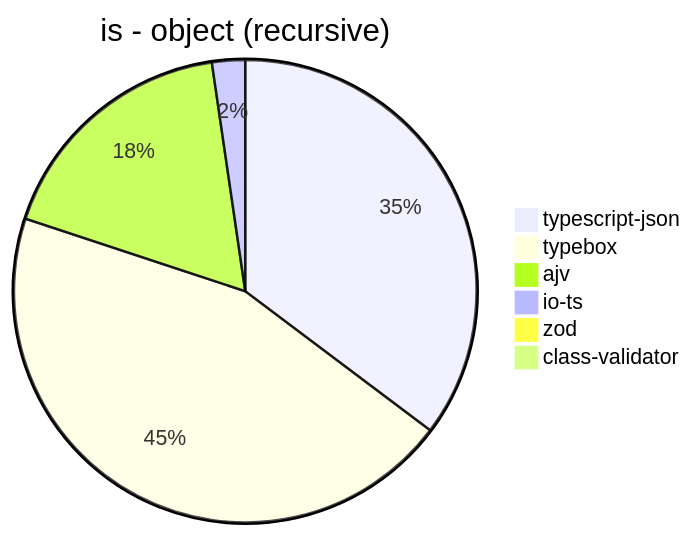
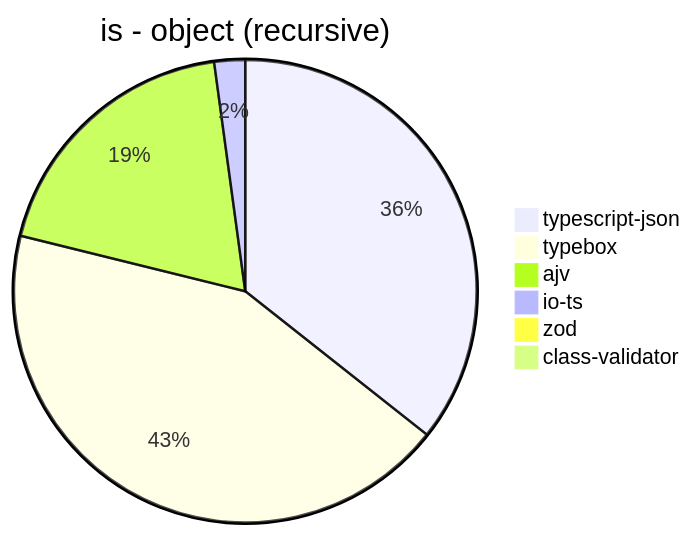
Before and after one commit to samchon/typia: the second of 39 diagrams in benchmark/results/11th Gen Intel(R) Core(TM) i5-1135G7 @ 2.40GHz.md, drawn with Mermaid. The commit also changed other lines of this file and 6 other files, not shown here.

````diff
--- a/benchmark/results/11th Gen Intel(R) Core(TM) i5-1135G7 @ 2.40GHz.md
+++ b/benchmark/results/11th Gen Intel(R) Core(TM) i5-1135G7 @ 2.40GHz.md
@@ -32,9 +32,9 @@
 ```mermaid
 pie title is - object (recursive)
-  "typescript-json": 66141.00426162683
-  "typebox": 84053.78304466727
-  "ajv": 33031.31710808876
-  "io-ts": 4336.317851147174
-  "zod": 71.48148148148148
-  "class-validator": 38.63298662704309
+  "typescript-json": 69259.59577229743
+  "typebox": 83967.53246753247
+  "ajv": 36916.357566765575
+  "io-ts": 4180.8413767983975
+  "zod": 71.50858849887976
+  "class-validator": 40
 ```
````
